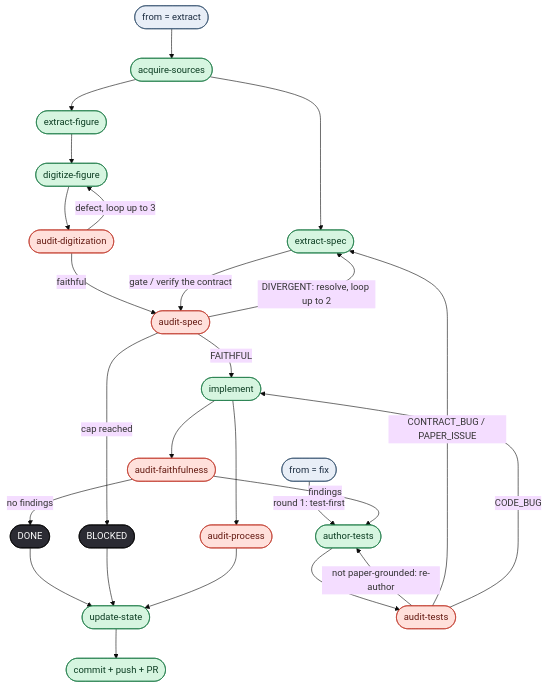
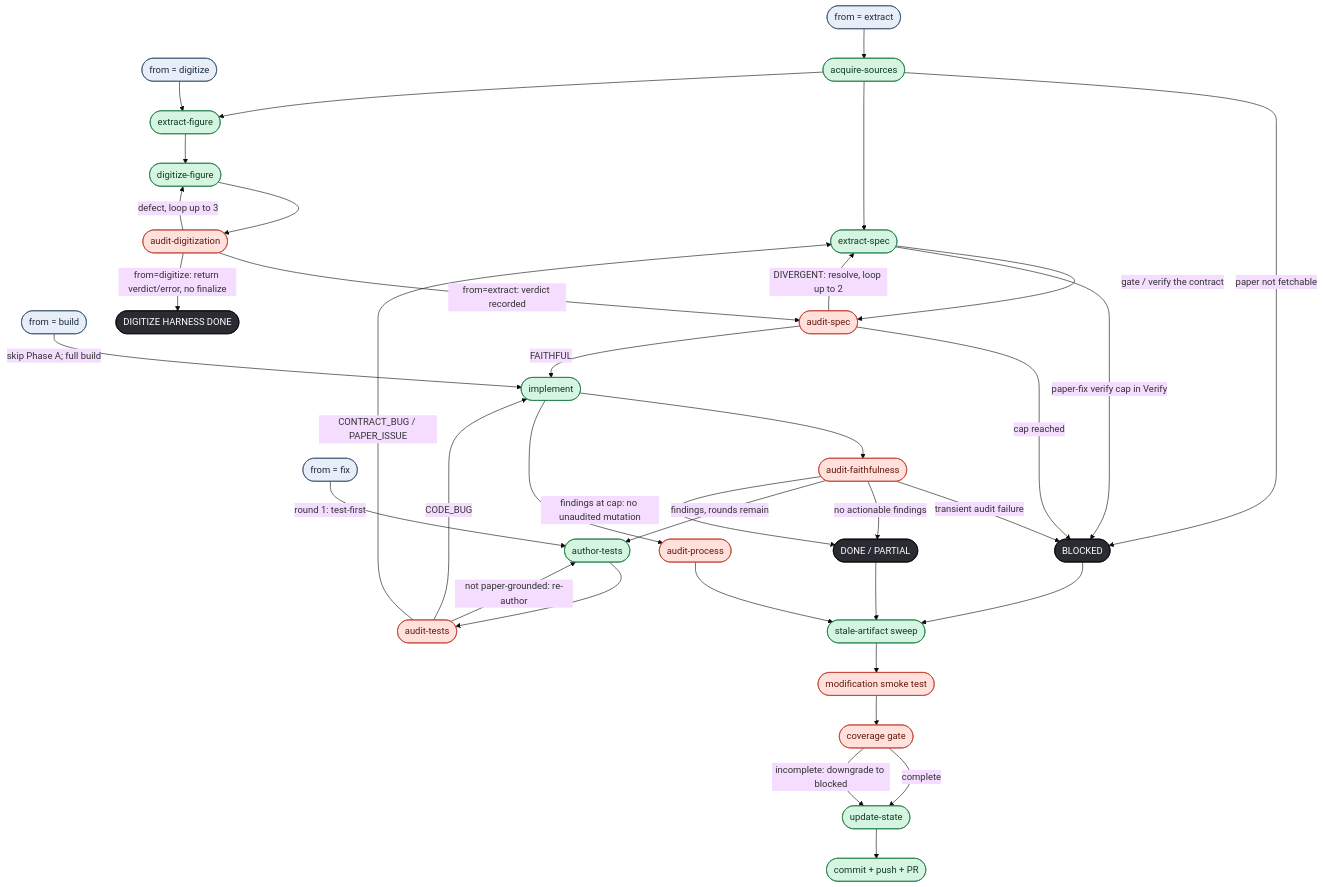
The diagram in WORKFLOW-graph.md (EstevaoUyra/model_agent), drawn with Mermaid (base theme) before and after one commit. The commit also changed other lines of this file and 3 other files, not shown here.

````diff
--- a/WORKFLOW-graph.md
+++ b/WORKFLOW-graph.md
@@ -20,56 +20,73 @@
 ```mermaid
 flowchart TD
   E0([from = extract]):::entry
+  B0([from = build]):::entry
   F0([from = fix]):::entry
+  D0([from = digitize]):::entry
 
   ACQ([acquire-sources]):::build
   XSPEC([extract-spec]):::build
   XFIG([extract-figure]):::build
   DIG([digitize-figure]):::build
   IMPL([implement]):::build
   ATEST([author-tests]):::build
+  SWEEP([stale-artifact sweep]):::build
+  SMOKE([modification smoke test]):::audit
+  COV([coverage gate]):::audit
   UPD([update-state]):::build
   PR([commit + push + PR]):::build
 
   ADIG([audit-digitization]):::audit
   ASPEC([audit-spec]):::audit
   AUTEST([audit-tests]):::audit
   AFAITH([audit-faithfulness]):::audit
   APROC([audit-process]):::audit
 
   BLOCK([BLOCKED]):::term
-  DONE([DONE]):::term
+  DONE([DONE / PARTIAL]):::term
+  DIGDONE([DIGITIZE HARNESS DONE]):::term
 
   E0 --> ACQ
+  ACQ -->|paper not fetchable| BLOCK
   ACQ --> XSPEC
   ACQ --> XFIG
   XFIG --> DIG
   DIG --> ADIG
   ADIG -->|defect, loop up to 3| DIG
-  ADIG -->|faithful| ASPEC
+  ADIG -->|from=extract: verdict recorded| ASPEC
+  D0 --> XFIG
+  ADIG -->|from=digitize: return verdict/error, no finalize| DIGDONE
   XSPEC -->|gate / verify the contract| ASPEC
   ASPEC -->|DIVERGENT: resolve, loop up to 2| XSPEC
   ASPEC -->|cap reached| BLOCK
   ASPEC -->|FAITHFUL| IMPL
 
+  B0 -->|skip Phase A; full build| IMPL
   F0 -->|round 1: test-first| ATEST
 
   IMPL --> AFAITH
   IMPL --> APROC
-  AFAITH -->|no findings| DONE
-  AFAITH -->|findings| ATEST
+  AFAITH -->|transient audit failure| BLOCK
+  AFAITH -->|no actionable findings| DONE
+  AFAITH -->|findings, rounds remain| ATEST
+  AFAITH -->|findings at cap: no unaudited mutation| DONE
   ATEST --> AUTEST
   AUTEST -->|not paper-grounded: re-author| ATEST
   AUTEST -->|CONTRACT_BUG / PAPER_ISSUE| XSPEC
   AUTEST -->|CODE_BUG| IMPL
+  XSPEC -->|paper-fix verify cap in Verify| BLOCK
 
-  DONE --> UPD
-  BLOCK --> UPD
-  APROC --> UPD
+  DONE --> SWEEP
+  BLOCK --> SWEEP
+  APROC --> SWEEP
+  SWEEP --> SMOKE
+  SMOKE --> COV
+  COV -->|complete| UPD
+  COV -->|incomplete: downgrade to blocked| UPD
   UPD --> PR
 
   classDef build fill:#d6f5e0,stroke:#1b7a44,color:#0c3d22;
   classDef audit fill:#ffe0db,stroke:#c0392b,color:#641a12;
   classDef entry fill:#e8eef7,stroke:#33506e,color:#1b2c40;
   classDef term fill:#2b2b33,stroke:#000,color:#fff;
 ```
````
